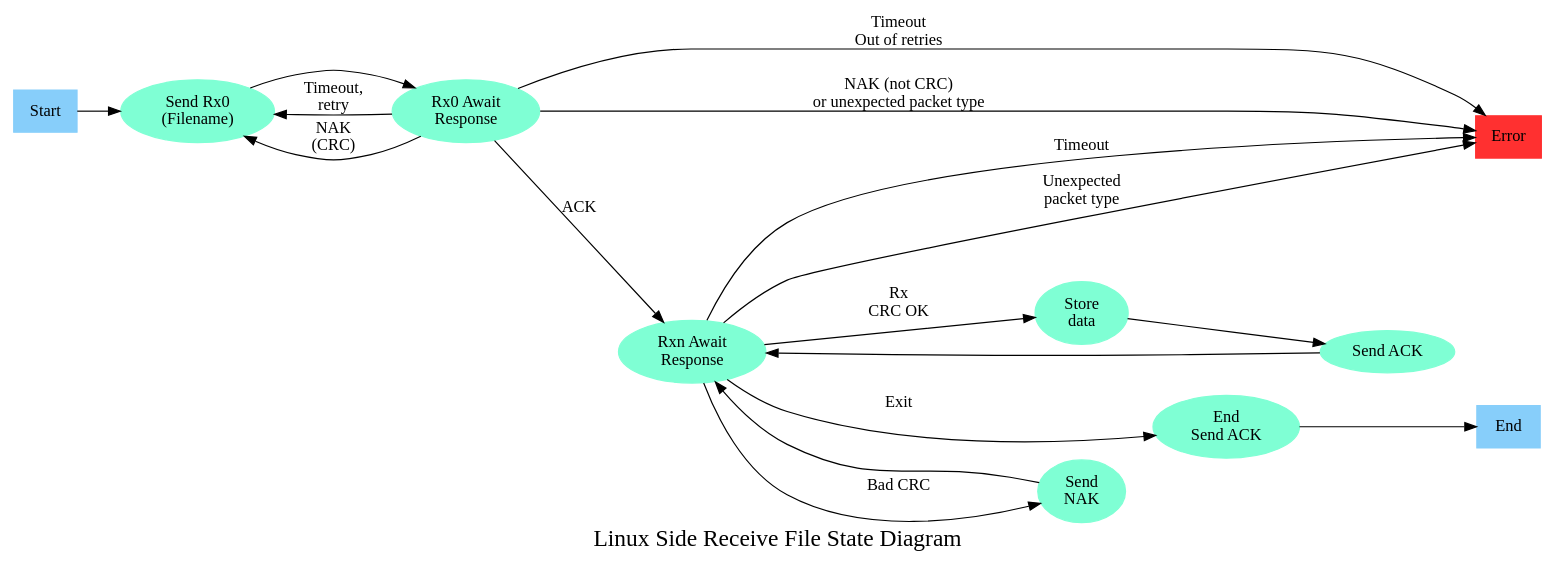
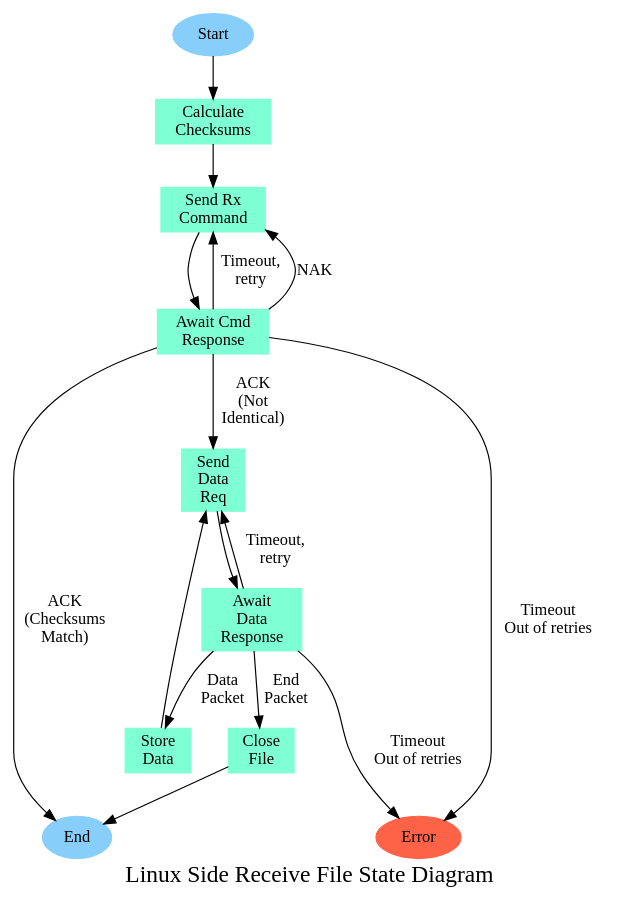
One commit to rundel-tech/ZARC changed the diagram in software/tools/stran/GraphViz/LinuxReceiveStates.gv. Above: the diagram before and after it, drawn with Graphviz. The commit also changed 413 other files, not shown here.

```diff
--- a/software/tools/stran/GraphViz/LinuxReceiveStates.gv
+++ b/software/tools/stran/GraphViz/LinuxReceiveStates.gv
@@ -1,55 +1,58 @@
 digraph CPU_Block {
 #    node [shape=box]; course; institute; student;
 #    node [shape=ellipse]; {node [label="name"] name0; name1; name2;}
 #        code; grade; number;
 #    node [shape=diamond,style=filled,color=lightgrey]; "C-I"; "S-C"; "S-I";
 
 #    code -- course;
 #    course -- "C-I" [label="n"];
 #   "AM-AC-2WT1" -- "AM-AF-3330" [label="F1303\n61611937AA00",len=1\n00];
 
-    graph [rankdir=LR]
+#    graph [rankdir=LR]
+    graph [rankdir=TB]
     edge [color=black];
 
-    node [shape=ellipse color=aquamarine style=filled];
+    node [shape=box color=aquamarine style=filled];
 
     {
-        node [shape=box color=lightskyblue]
+        node [shape=ellipse color=lightskyblue]
         rank=source;
         "Start";
     }
 
     {
-        node [shape=box color=lightskyblue]
+        node [shape=box color=lightskyblue shape=ellipse]
         rank=sink;
         "End";
-        node [color=firebrick1]
+        node [color=tomato]
         "Error";
     }
 
+    {
+        # node [shape=diamond]
+        # "End of\nData?";
+    }
 
-    "Start" -> "Send Rx0\n(Filename)";
+    "Start" -> "Calculate\nChecksums";
+    "Calculate\nChecksums" -> "Send Rx\nCommand"
 
-    "Send Rx0\n(Filename)" -> "Rx0 Await\nResponse";
-    "Rx0 Await\nResponse" -> "Send Rx0\n(Filename)" [label = "Timeout,\nretry"];
-    "Rx0 Await\nResponse" -> "Error" [label = "Timeout\nOut of retries"];
-    "Rx0 Await\nResponse" -> "Rxn Await\nResponse" [label = "ACK"]
-    "Rx0 Await\nResponse" -> "Send Rx0\n(Filename)" [label = "NAK\n(CRC)"]
-    "Rx0 Await\nResponse" -> "Error" [label = "NAK (not CRC)\nor unexpected packet type"]
+    "Send Rx\nCommand" -> "Await Cmd\nResponse"
+    "Await Cmd\nResponse" -> "Send Rx\nCommand" [label = "Timeout,\nretry"]
+    "Await Cmd\nResponse" -> "Error" [label = "Timeout\nOut of retries"]
+    "Await Cmd\nResponse" -> "Send\nData\nReq" [label = "ACK\n(Not\nIdentical)"]
+    "Await Cmd\nResponse" -> "End" [label = "ACK\n(Checksums\nMatch)"]
+    "Await Cmd\nResponse" -> "Send Rx\nCommand" [label = "NAK"]
 
-    "Rxn Await\nResponse" -> "Error" [label = "Timeout"];
-    "Rxn Await\nResponse" -> "Store\ndata" [label = "Rx\nCRC OK"]
-    "Rxn Await\nResponse" -> "Send\nNAK" [label = "Bad CRC"]
-    "Rxn Await\nResponse" -> "End\nSend ACK" [label = "Exit"]
-    "Rxn Await\nResponse" -> "Error" [label = "Unexpected\npacket type"]
+    "Send\nData\nReq" -> "Await\nData\nResponse"
+    "Await\nData\nResponse" -> "Send\nData\nReq" [label = "Timeout,\nretry"]
+    "Await\nData\nResponse" -> "Error" [label = "Timeout\nOut of retries"]
+    "Await\nData\nResponse" -> "Store\nData" [label = "Data\nPacket"]
+    "Await\nData\nResponse" -> "Close\nFile" [label = "End\nPacket"]
 
-    "Store\ndata" -> "Send ACK"
-    "Send ACK" -> "Rxn Await\nResponse"
+    "Store\nData" -> "Send\nData\nReq"
 
-    "Send\nNAK" -> "Rxn Await\nResponse"
+    "Close\nFile" -> "End"
 
-    "End\nSend ACK" -> "End"
-
-    label = "Linux Side Receive File State Diagram";
+    label = "Linux Side Receive File State Diagram"
     fontsize=20;
 }
```
